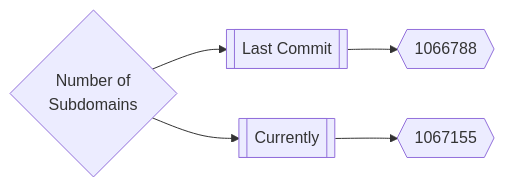
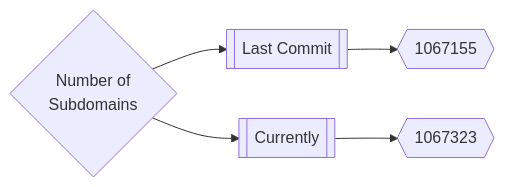
The first of 3 diagrams in README.md (trickest/inventory), drawn with Mermaid before and after one commit. The commit also changed other lines of this file, not shown here.

Commit message:
Update Tue Mar 29 12:42:04 UTC 2022

````diff
--- a/README.md
+++ b/README.md
@@ -165,5 +165,5 @@
 ```mermaid
 graph LR
-title{Number of<br>Subdomains} --> subdomainsDate1[[Last Commit]] --> subdomainsNum1{{1066788}}
-title --> subdomainsDate2[[Currently]] --> subdomainsNum2{{1067155}}
+title{Number of<br>Subdomains} --> subdomainsDate1[[Last Commit]] --> subdomainsNum1{{1067155}}
+title --> subdomainsDate2[[Currently]] --> subdomainsNum2{{1067323}}
 ```
````
